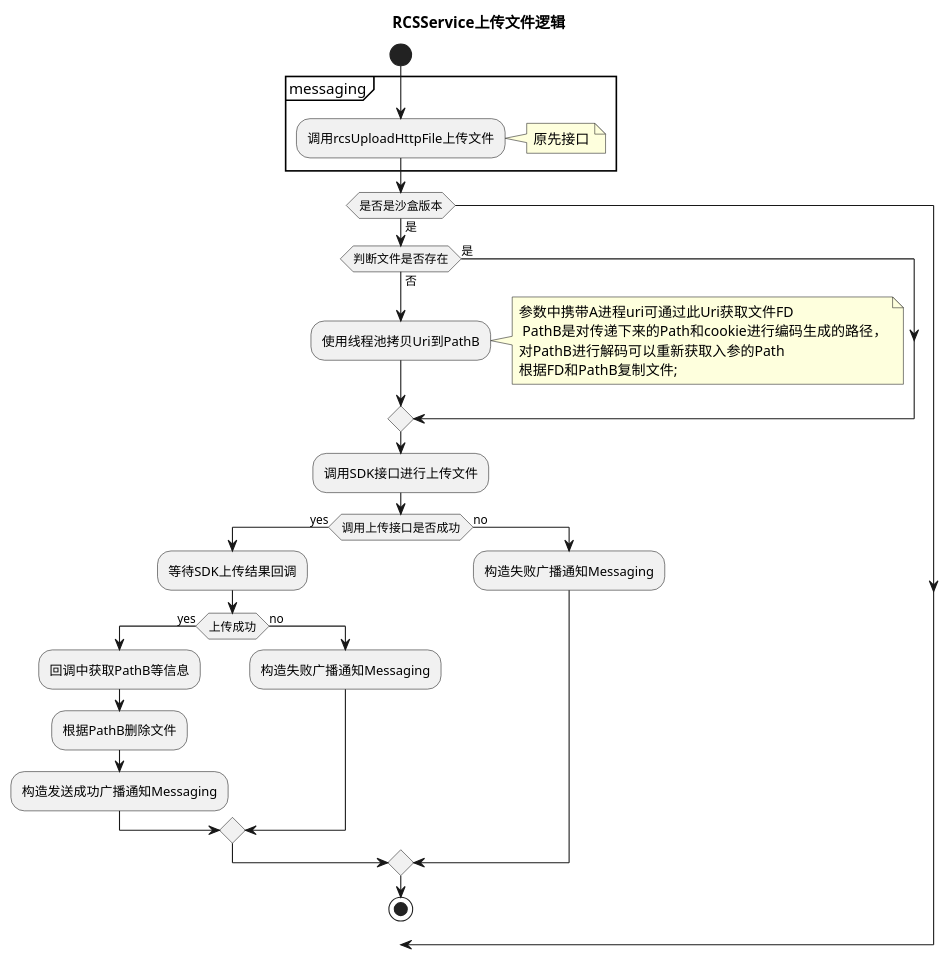
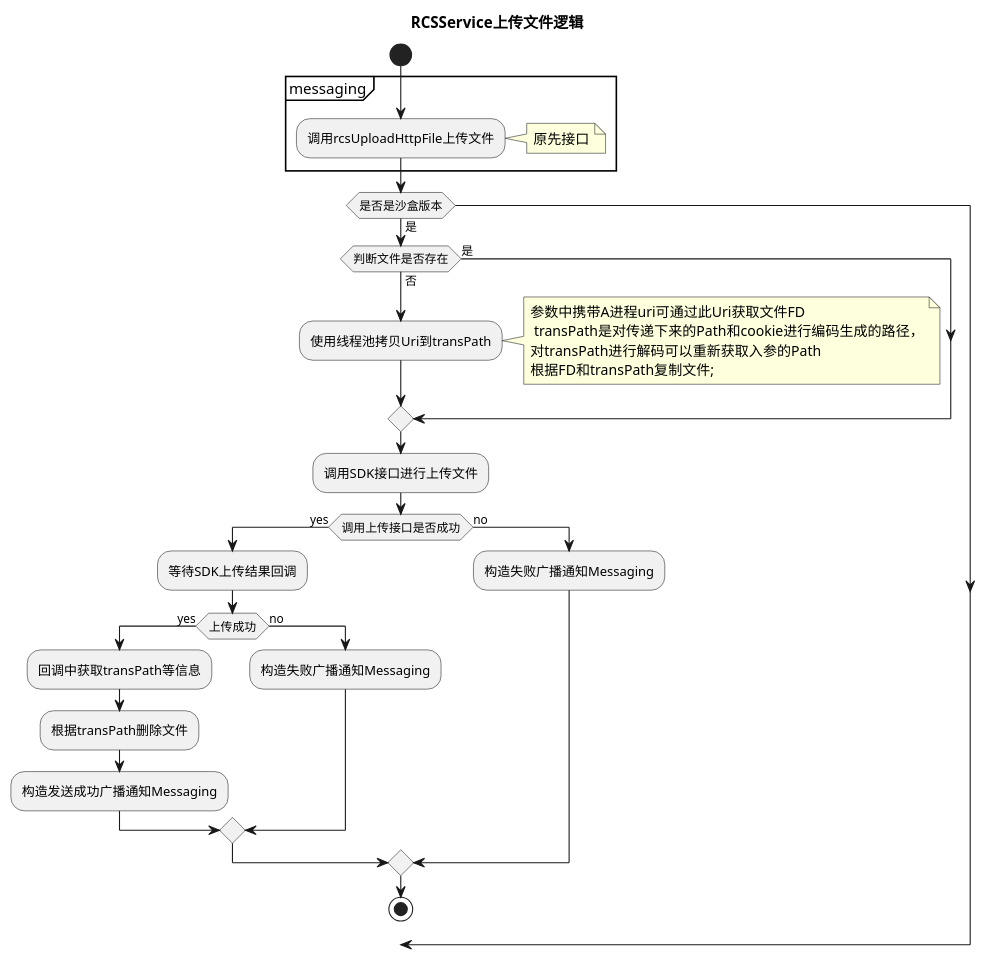
The diagram in img/in-post/sandboxFileUpload.puml (cuizehui/cuizehui.github.io), drawn with PlantUML before and after one commit. The commit also changed 3 other files, not shown here.

```diff
--- a/img/in-post/sandboxFileUpload.puml
+++ b/img/in-post/sandboxFileUpload.puml
@@ -1,29 +1,29 @@
 @startuml
 title RCSService上传文件逻辑
 start
 	group messaging
 	:调用rcsUploadHttpFile上传文件;
 	note right:原先接口
 	end group
 	if(是否是沙盒版本) then (是)
 
 	if(判断文件是否存在)then (否)
-		:使用线程池拷贝Uri到PathB;
- 		note right:参数中携带A进程uri可通过此Uri获取文件FD\n PathB是对传递下来的Path和cookie进行编码生成的路径，\n对PathB进行解码可以重新获取入参的Path \n根据FD和PathB复制文件;
+		:使用线程池拷贝Uri到transPath;
+ 		note right:参数中携带A进程uri可通过此Uri获取文件FD\n transPath是对传递下来的Path和cookie进行编码生成的路径，\n对transPath进行解码可以重新获取入参的Path \n根据FD和transPath复制文件;
   else(是)
 	endif
   :调用SDK接口进行上传文件;
 	if(调用上传接口是否成功) then (yes)
 	        :等待SDK上传结果回调;
     	    if(上传成功)then(yes)
-					:回调中获取PathB等信息;
-    	    :根据PathB删除文件;
+					:回调中获取transPath等信息;
+    	    :根据transPath删除文件;
     	    :构造发送成功广播通知Messaging;
     	    else(no)
     	    :构造失败广播通知Messaging;
     	    endif
     else(no)
     	:构造失败广播通知Messaging;
     endif
 stop
 @endu
```
